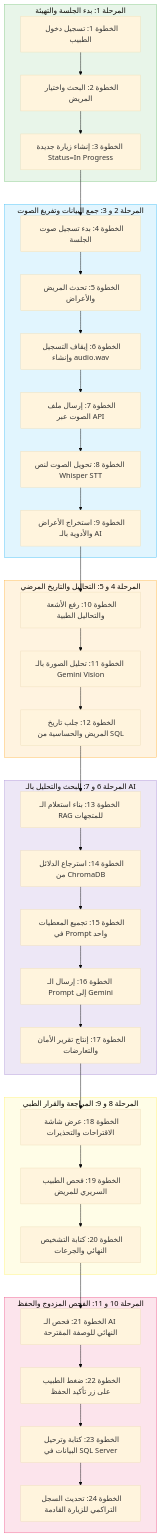
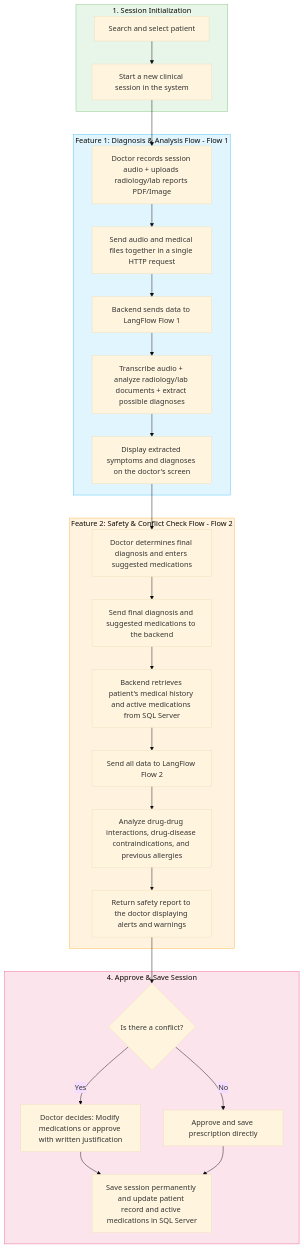
The diagram in CliniKa.Presentation/Ai Doctor Assistant.md (Ahmed-Fathi2/CliniKa), drawn with Mermaid (base theme) before and after one commit. The commit also changed other lines of this file and 48 other files, not shown here.

Commit message:
add Create Session EndPoint  and update logic of sending request to Flow

````diff
--- a/CliniKa.Presentation/Ai Doctor Assistant.md
+++ b/CliniKa.Presentation/Ai Doctor Assistant.md
@@ -21,56 +29,40 @@
 ```mermaid
 graph TD
-    %% Phase 1
-    subgraph Phase1 [المرحلة 1: بدء الجلسة والتهيئة]
-        S1[الخطوة 1: تسجيل دخول الطبيب] --> S2[الخطوة 2: البحث واختيار المريض]
-        S2 --> S3[الخطوة 3: إنشاء زيارة جديدة Status=In Progress]
+    %% Setup
+    subgraph Setup [1. Session Initialization]
+        S1[Search and select patient] --> S2[Start a new clinical session in the system]
     end
 
-    %% Phase 2 & 3
-    subgraph Phase2_3 [المرحلة 2 و 3: جمع البيانات وتفريغ الصوت]
-        S3 --> S4[الخطوة 4: بدء تسجيل صوت الجلسة]
-        S4 --> S5[الخطوة 5: تحدث المريض والأعراض]
-        S5 --> S6[الخطوة 6: إيقاف التسجيل وإنشاء audio.wav]
-        S6 --> S7[الخطوة 7: إرسال ملف الصوت عبر API]
-        S7 --> S8[الخطوة 8: تحويل الصوت لنص Whisper STT]
-        S8 --> S9[الخطوة 9: استخراج الأعراض والأدوية بالـ AI]
+    %% Feature 1: Diagnose Flow
+    subgraph Feature1 [Feature 1: Diagnosis & Analysis Flow - Flow 1]
+        S2 --> S3[Doctor records session audio + uploads radiology/lab reports PDF/Image]
+        S3 --> S4[Send audio and medical files together in a single HTTP request]
+        S4 --> S5[Backend sends data to LangFlow Flow 1]
+        S5 --> S6[Transcribe audio + analyze radiology/lab documents + extract possible diagnoses]
+        S6 --> S7[Display extracted symptoms and diagnoses on the doctor's screen]
     end
 
-    %% Phase 4 & 5
-    subgraph Phase4_5 [المرحلة 4 و 5: التحاليل والتاريخ المرضي]
-        S9 --> S10[الخطوة 10: رفع الأشعة والتحاليل الطبية]
-        S10 --> S11[الخطوة 11: تحليل الصورة بالـ Gemini Vision]
-        S11 --> S12[الخطوة 12: جلب تاريخ المريض والحساسية من SQL]
+    %% Feature 2: Safety & Conflict Check Flow
+    subgraph Feature2 [Feature 2: Safety & Conflict Check Flow - Flow 2]
+        S7 --> S8[Doctor determines final diagnosis and enters suggested medications]
+        S8 --> S9[Send final diagnosis and suggested medications to the backend]
+        S9 --> S10[Backend retrieves patient's medical history and active medications from SQL Server]
+        S10 --> S11[Send all data to LangFlow Flow 2]
+        S11 --> S12[Analyze drug-drug interactions, drug-disease contraindications, and previous allergies]
+        S12 --> S13[Return safety report to the doctor displaying alerts and warnings]
     end
 
-    %% Phase 6 & 7
-    subgraph Phase6_7 [المرحلة 6 و 7: البحث والتحليل بالـ AI]
-        S12 --> S13[الخطوة 13: بناء استعلام الـ RAG للمتجهات]
-        S13 --> S14[الخطوة 14: استرجاع الدلائل من ChromaDB]
-        S14 --> S15[الخطوة 15: تجميع المعطيات في Prompt واحد]
-        S15 --> S16[الخطوة 16: إرسال الـ Prompt إلى Gemini]
-        S16 --> S17[الخطوة 17: إنتاج تقرير الأمان والتعارضات]
+    %% Decision & Persistence
+    subgraph Persistence [4. Approve & Save Session]
+        S13 --> S14{Is there a conflict?}
+        S14 -- Yes --> S15[Doctor decides: Modify medications or approve with written justification]
+        S14 -- No --> S16[Approve and save prescription directly]
+        S15 --> S17[Save session permanently and update patient record and active medications in SQL Server]
+        S16 --> S17
     end
 
-    %% Phase 8 & 9
-    subgraph Phase8_9 [المرحلة 8 و 9: المراجعة والقرار الطبي]
-        S17 --> S18[الخطوة 18: عرض شاشة الاقتراحات والتحذيرات]
-        S18 --> S19[الخطوة 19: فحص الطبيب السريري للمريض]
-        S19 --> S20[الخطوة 20: كتابة التشخيص النهائي والجرعات]
-    end
-
-    %% Phase 10 & 11
-    subgraph Phase10_11 [المرحلة 10 و 11: الفحص المزدوج والحفظ]
-        S20 --> S21[الخطوة 21: فحص الـ AI النهائي للوصفة المقترحة]
-        S21 --> S22[الخطوة 22: ضغط الطبيب على زر تأكيد الحفظ]
-        S22 --> S23[الخطوة 23: كتابة وترحيل البيانات في SQL Server]
-        S23 --> S24[الخطوة 24: تحديث السجل التراكمي للزيارة القادمة]
-    end
-
-    style Phase1 fill:#e8f5e9,stroke:#81c784
-    style Phase2_3 fill:#e1f5fe,stroke:#4fc3f7
-    style Phase4_5 fill:#fff3e0,stroke:#ffb74d
-    style Phase6_7 fill:#ede7f6,stroke:#b39ddb
-    style Phase8_9 fill:#fffde7,stroke:#fff176
-    style Phase10_11 fill:#fce4ec,stroke:#f06292
+    style Setup fill:#e8f5e9,stroke:#81c784
+    style Feature1 fill:#e1f5fe,stroke:#4fc3f7
+    style Feature2 fill:#fff3e0,stroke:#ffb74d
+    style Persistence fill:#fce4ec,stroke:#f06292
 ```
````
